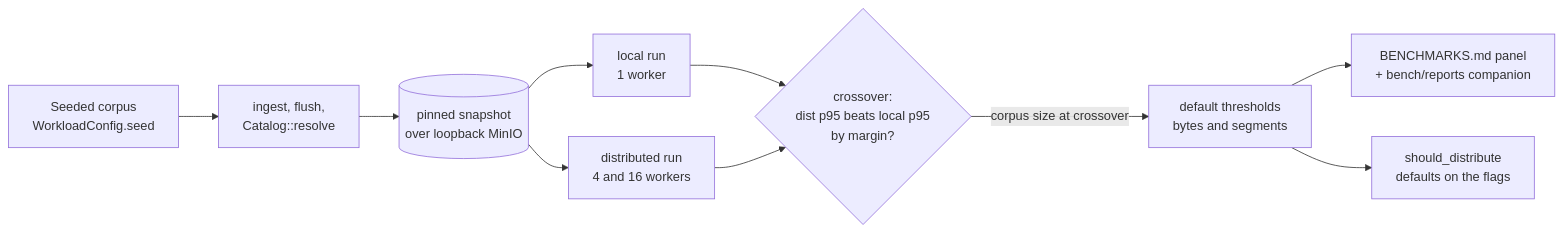
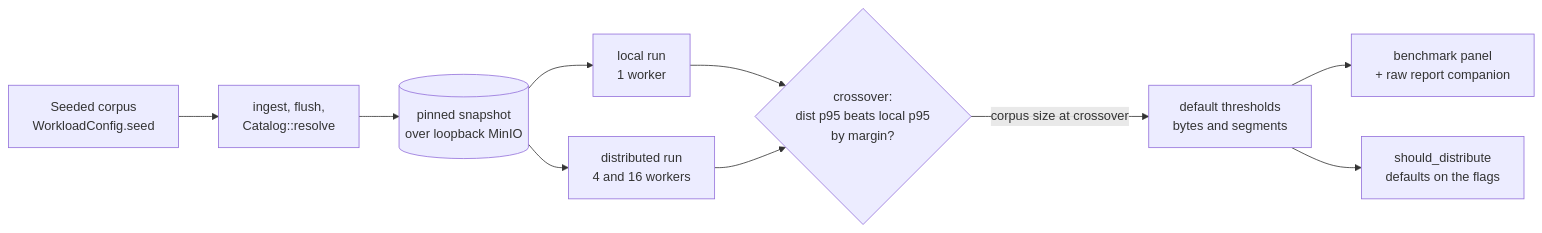
One commit to NOFireAI/ravel changed the diagram in docs/adrs/0074-benchmark-driven-distribution-thresholds.md. Above: the diagram before and after it, drawn with Mermaid. The commit also changed other lines of this file and 100 other files, not shown here.

````diff
--- a/docs/adrs/0074-benchmark-driven-distribution-thresholds.md
+++ b/docs/adrs/0074-benchmark-driven-distribution-thresholds.md
@@ -98,12 +95,12 @@
 ```mermaid
 flowchart LR
   seed["Seeded corpus\nWorkloadConfig.seed"] --> ingest["ingest, flush,\nCatalog::resolve"]
   ingest --> snap[("pinned snapshot\nover loopback MinIO")]
   snap --> local["local run\n1 worker"]
   snap --> dist["distributed run\n4 and 16 workers"]
   local --> cross{"crossover:\ndist p95 beats local p95\nby margin?"}
   dist --> cross
   cross -->|"corpus size at crossover"| defaults["default thresholds\nbytes and segments"]
-  defaults --> panel["BENCHMARKS.md panel\n+ bench/reports companion"]
+  defaults --> panel["benchmark panel\n+ raw report companion"]
   defaults --> gate["should_distribute\ndefaults on the flags"]
 ```
````
